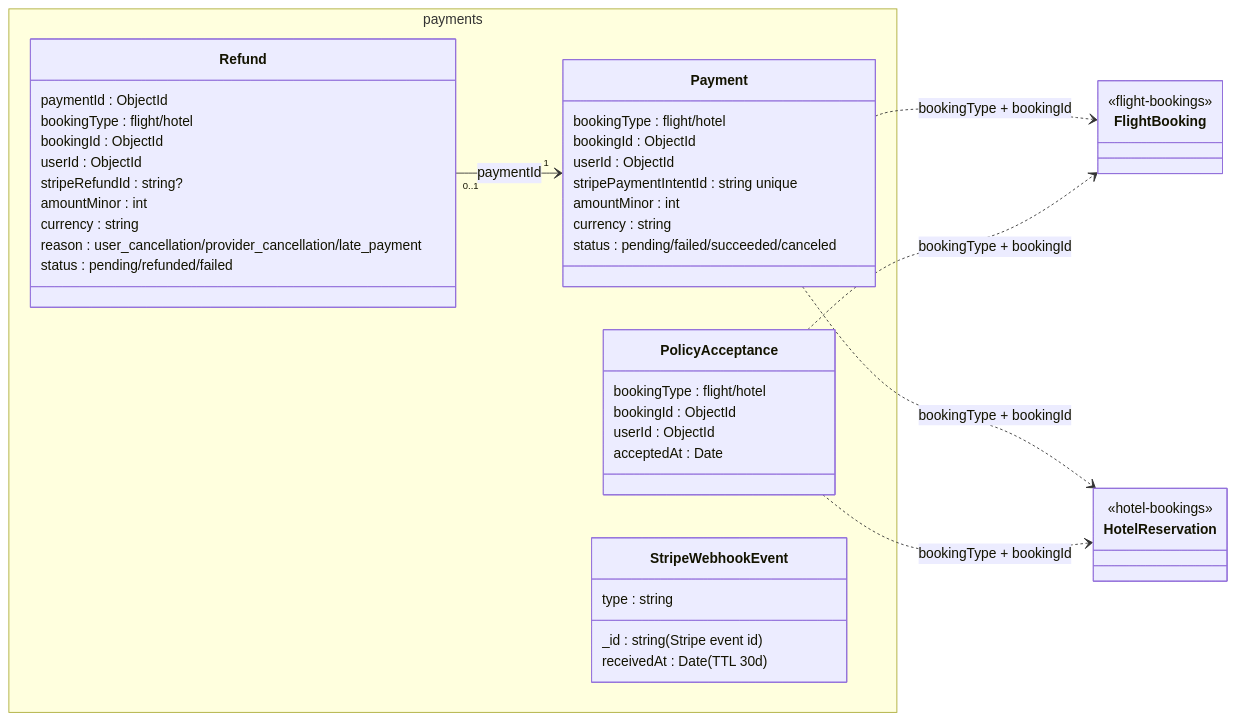
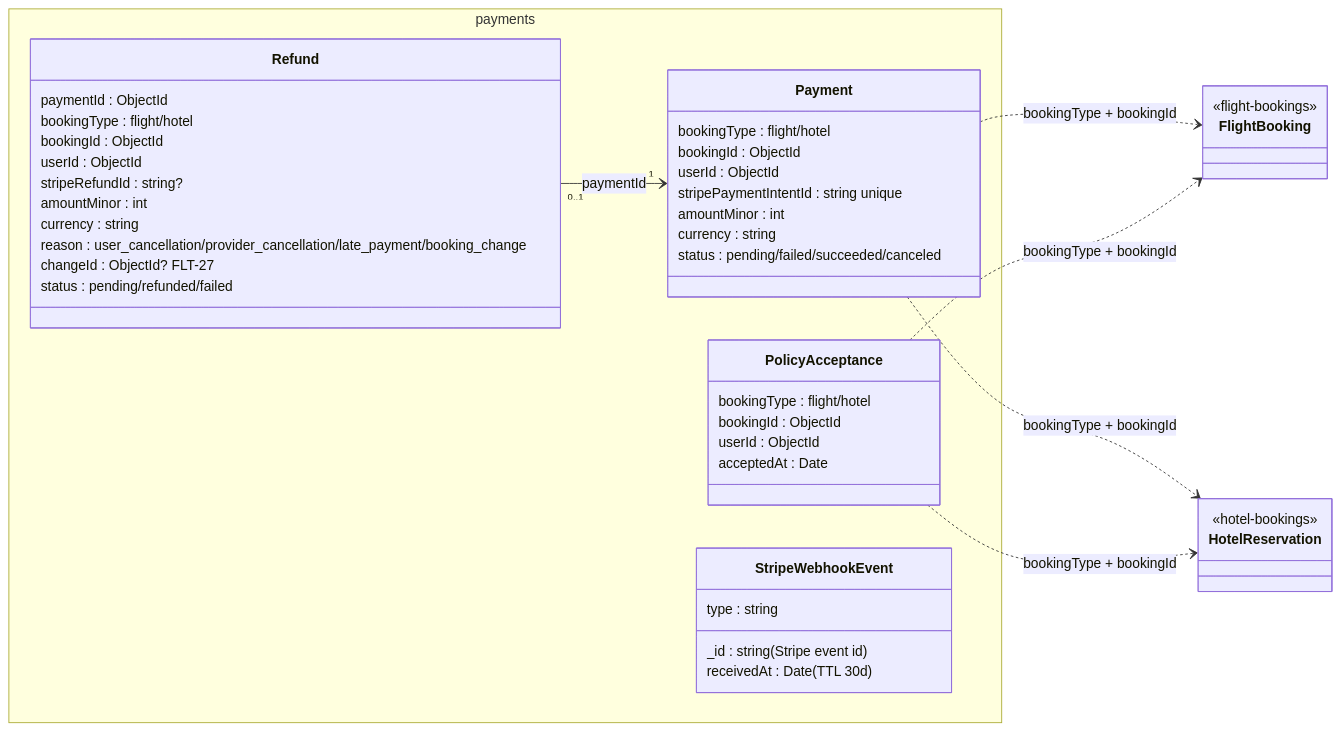
The fifth of 7 diagrams in docs/database/class-diagrams.md (Host173/Man2o4ah), drawn with Mermaid before and after one commit. The commit also changed 9 other files, not shown here.

Commit message:
feat(payments): add refunds for booking changes (FLT-27)

````diff
--- a/docs/database/class-diagrams.md
+++ b/docs/database/class-diagrams.md
@@ -392,48 +392,49 @@
 ```mermaid
 classDiagram
   direction LR
   namespace payments {
     class Payment {
       bookingType : flight/hotel
       bookingId : ObjectId
       userId : ObjectId
       stripePaymentIntentId : string unique
       amountMinor : int
       currency : string
       status : pending/failed/succeeded/canceled
     }
     class Refund {
       paymentId : ObjectId
       bookingType : flight/hotel
       bookingId : ObjectId
       userId : ObjectId
       stripeRefundId : string?
       amountMinor : int
       currency : string
-      reason : user_cancellation/provider_cancellation/late_payment
+      reason : user_cancellation/provider_cancellation/late_payment/booking_change
+      changeId : ObjectId? FLT-27
       status : pending/refunded/failed
     }
     class PolicyAcceptance {
       bookingType : flight/hotel
       bookingId : ObjectId
       userId : ObjectId
       acceptedAt : Date
     }
     class StripeWebhookEvent {
       _id : string (Stripe event id)
       type : string
       receivedAt : Date (TTL 30d)
     }
   }
   class FlightBooking {
     <<flight-bookings>>
   }
   class HotelReservation {
     <<hotel-bookings>>
   }
   Refund "0..1" --> "1" Payment : paymentId
   Payment ..> FlightBooking : bookingType + bookingId
   Payment ..> HotelReservation : bookingType + bookingId
   PolicyAcceptance ..> FlightBooking : bookingType + bookingId
   PolicyAcceptance ..> HotelReservation : bookingType + bookingId
 ```
````
